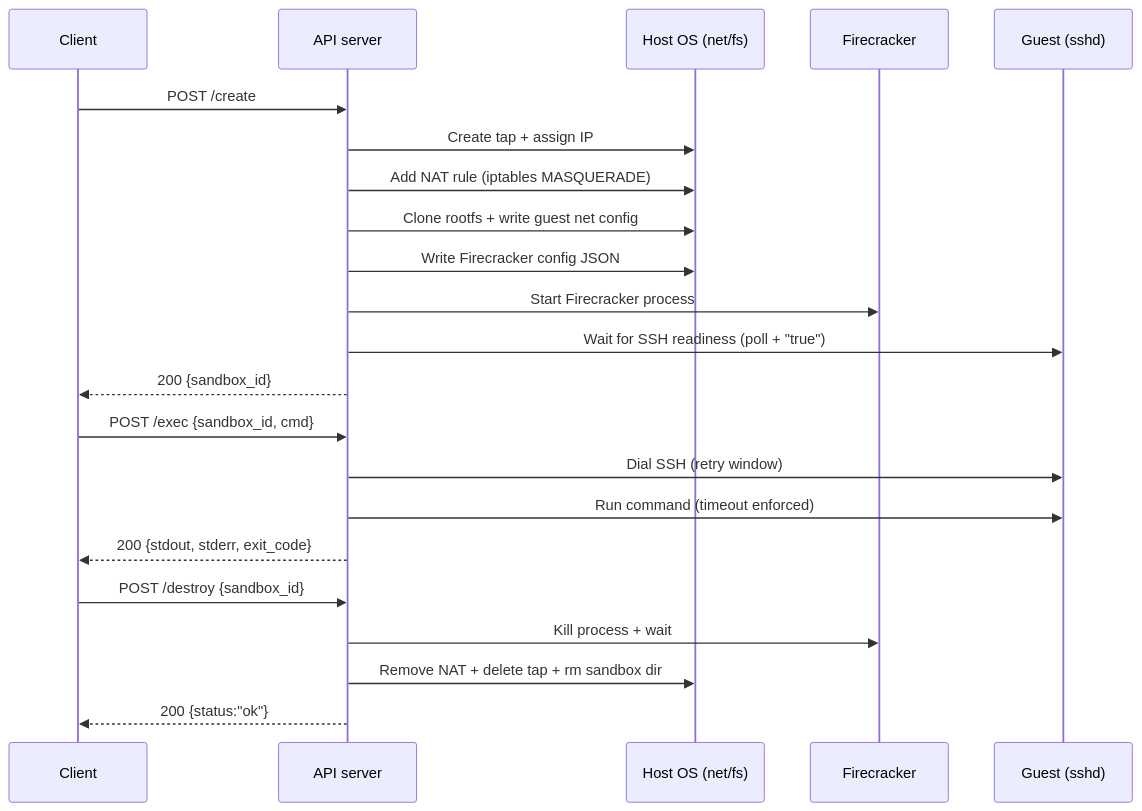
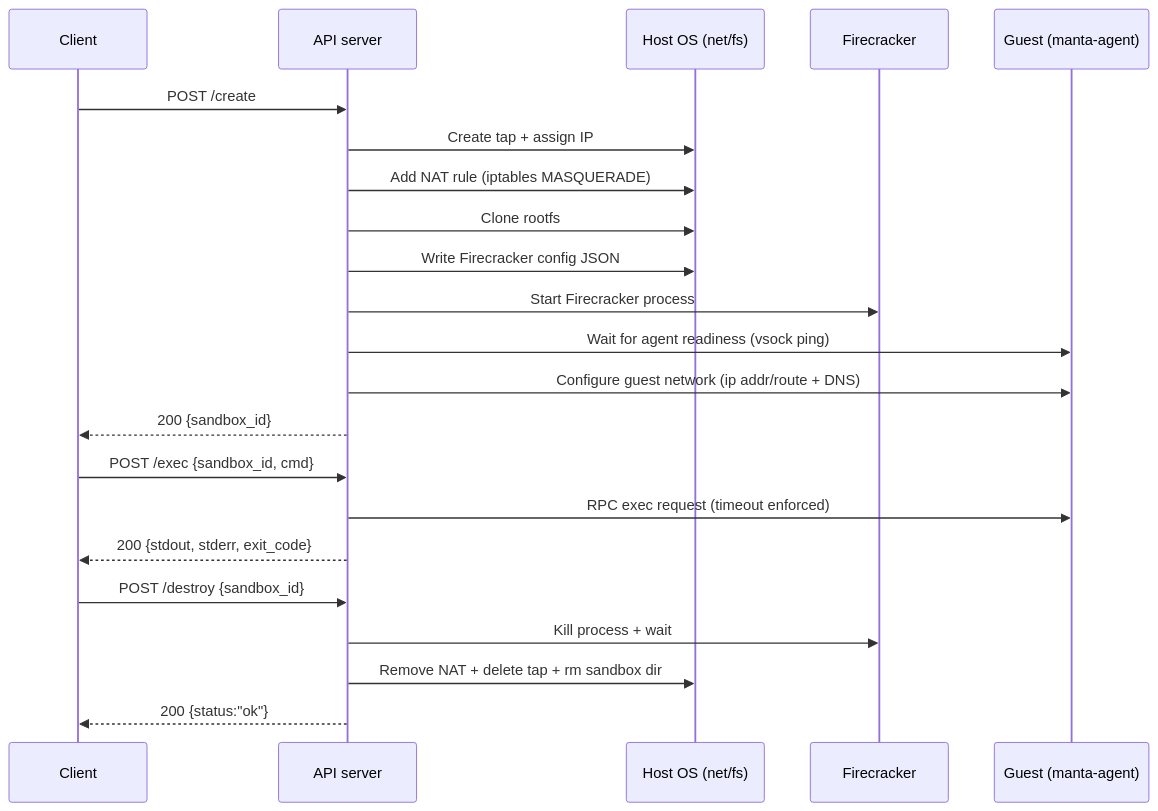
One commit to jy-tan/manta changed the second of 2 diagrams in docs/architecture.md. Above: the diagram before and after it, drawn with Mermaid. The commit also changed other lines of this file and 10 other files, not shown here.

Commit message:
Add vsock RPC agent

````diff
--- a/docs/architecture.md
+++ b/docs/architecture.md
@@ -76,27 +79,27 @@
 ```mermaid
 sequenceDiagram
   participant C as Client
   participant S as API server
   participant H as Host OS (net/fs)
   participant F as Firecracker
-  participant G as Guest (sshd)
+  participant G as Guest (manta-agent)
 
   C->>S: POST /create
   S->>H: Create tap + assign IP
   S->>H: Add NAT rule (iptables MASQUERADE)
-  S->>H: Clone rootfs + write guest net config
+  S->>H: Clone rootfs
   S->>H: Write Firecracker config JSON
   S->>F: Start Firecracker process
-  S->>G: Wait for SSH readiness (poll + "true")
+  S->>G: Wait for agent readiness (vsock ping)
+  S->>G: Configure guest network (ip addr/route + DNS)
   S-->>C: 200 {sandbox_id}
 
   C->>S: POST /exec {sandbox_id, cmd}
-  S->>G: Dial SSH (retry window)
-  S->>G: Run command (timeout enforced)
+  S->>G: RPC exec request (timeout enforced)
   S-->>C: 200 {stdout, stderr, exit_code}
 
   C->>S: POST /destroy {sandbox_id}
   S->>F: Kill process + wait
   S->>H: Remove NAT + delete tap + rm sandbox dir
   S-->>C: 200 {status:"ok"}
 ```
````
